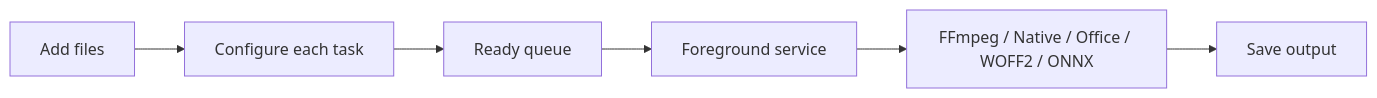
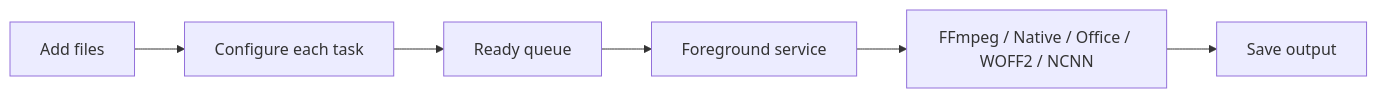
The diagram in README.md (Jasonzhu1207/ZenConverter), drawn with Mermaid before and after one commit. The commit also changed other lines of this file and 2 other files, not shown here.

````diff
--- a/README.md
+++ b/README.md
@@ -91,11 +92,11 @@
 ```mermaid
 flowchart LR
     Pick["Add files"]
     Configure["Configure each task"]
     Queue["Ready queue"]
     Service["Foreground service"]
-    Engine["FFmpeg / Native / Office / WOFF2 / ONNX"]
+    Engine["FFmpeg / Native / Office / WOFF2 / NCNN"]
     Output["Save output"]
 
     Pick --> Configure --> Queue --> Service --> Engine --> Output
 ```
````
